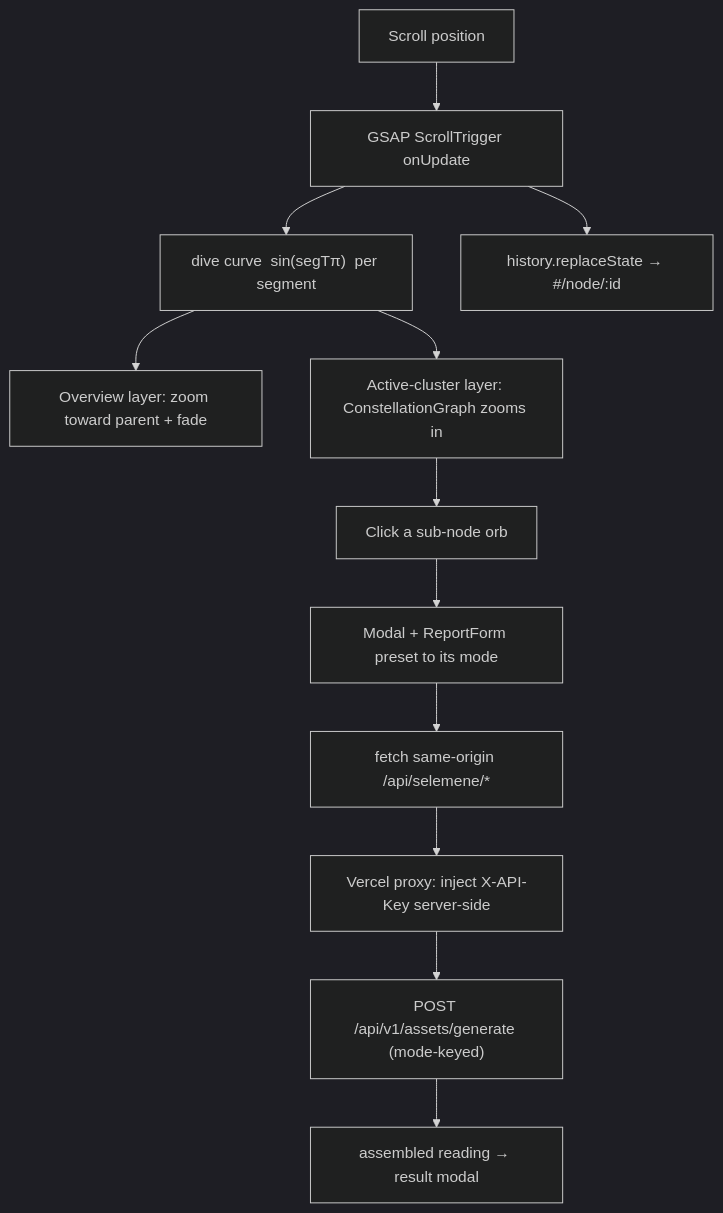
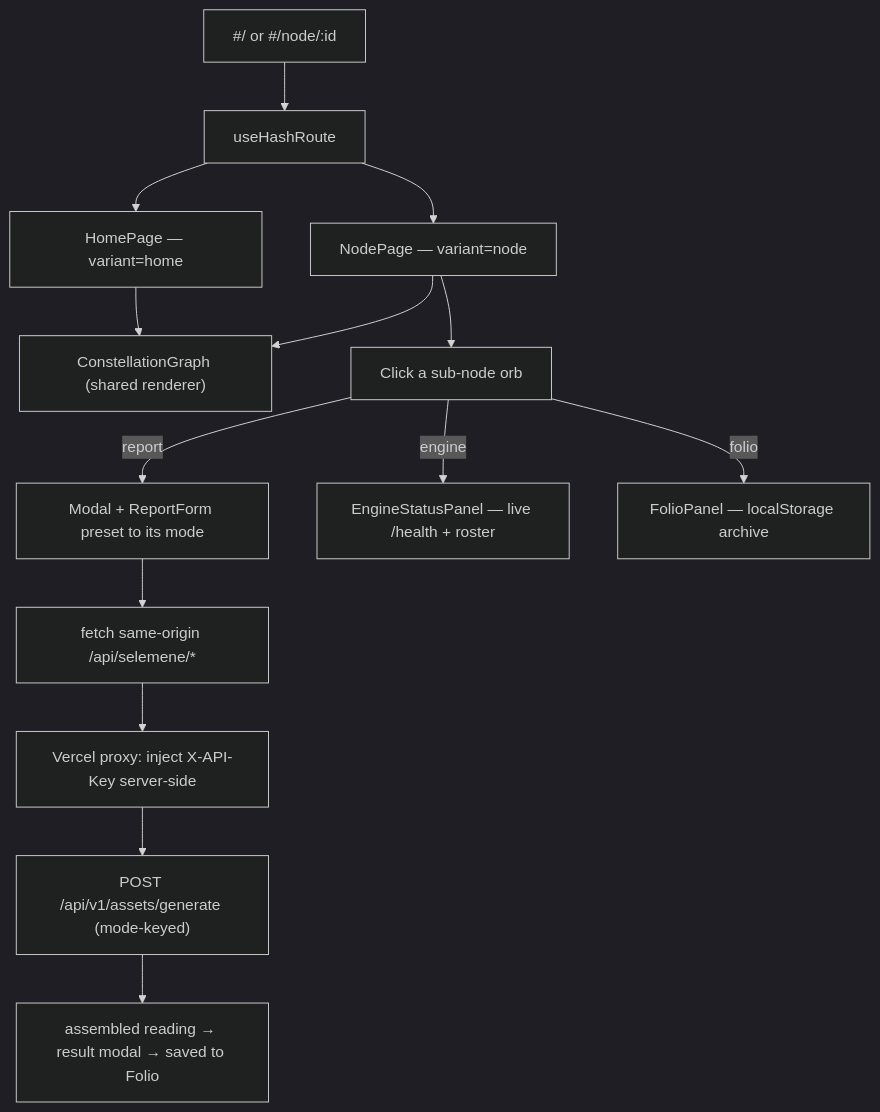
The diagram in README.md (Sheshiyer/urania-137), drawn with Mermaid (dark theme) before and after one commit. The commit also changed other lines of this file and 31 other files, not shown here.

````diff
--- a/README.md
+++ b/README.md
@@ -107,14 +107,16 @@
 ```mermaid
 graph TD
-    S[Scroll position] --> ST[GSAP ScrollTrigger onUpdate]
-    ST --> D["dive curve  sin(segTπ)  per segment"]
-    D --> OV[Overview layer: zoom toward parent + fade]
-    D --> CL[Active-cluster layer: ConstellationGraph zooms in]
-    ST --> URL["history.replaceState → #/node/:id"]
-    CL --> K[Click a sub-node orb]
-    K --> M[Modal + ReportForm preset to its mode]
+    URL["#/  or  #/node/:id"] --> RT[useHashRoute]
+    RT --> HP["HomePage — variant=home"]
+    RT --> NP["NodePage — variant=node"]
+    HP --> G["ConstellationGraph (shared renderer)"]
+    NP --> G
+    NP --> K[Click a sub-node orb]
+    K -->|report| M[Modal + ReportForm preset to its mode]
+    K -->|engine| ES["EngineStatusPanel — live /health + roster"]
+    K -->|folio| FP["FolioPanel — localStorage archive"]
     M --> P["fetch same-origin /api/selemene/*"]
     P --> PX["Vercel proxy: inject X-API-Key server-side"]
     PX --> H["POST /api/v1/assets/generate (mode-keyed)"]
-    H --> R["assembled reading → result modal"]
+    H --> R["assembled reading → result modal → saved to Folio"]
 ```
````
